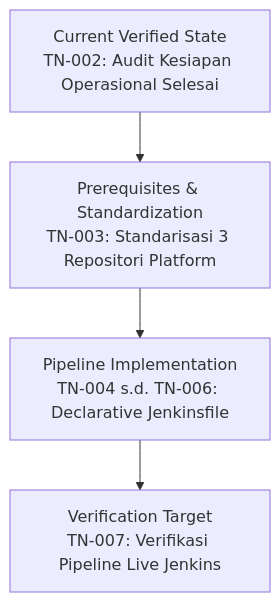
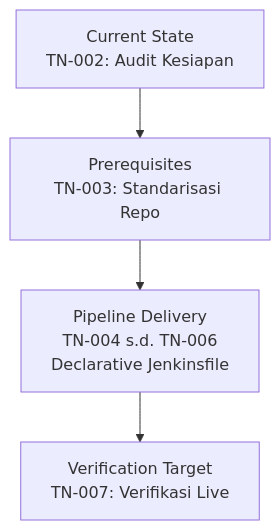
Before and after one commit to edkas07-oss/devops-handbook: the third of 3 diagrams in docs/projects/tomcat-monitoring/engineering-journal/continuous-integration-and-deployment/TN-002-audit-and-standardize-repositories-for-production-plug-and-play-readiness.md, drawn with Mermaid. The commit also changed other lines of this file, not shown here.

Commit message:
docs(tm): shorten and wrap mermaid node labels in TN-002 to prevent clipping

````diff
--- a/docs/projects/tomcat-monitoring/engineering-journal/continuous-integration-and-deployment/TN-002-audit-and-standardize-repositories-for-production-plug-and-play-readiness.md
+++ b/docs/projects/tomcat-monitoring/engineering-journal/continuous-integration-and-deployment/TN-002-audit-and-standardize-repositories-for-production-plug-and-play-readiness.md
@@ -340,6 +340,6 @@
 ```mermaid
 flowchart TD
-    A["Current Verified State<br/>TN-002: Audit Kesiapan Operasional Selesai"] --> B["Prerequisites & Standardization<br/>TN-003: Standarisasi 3 Repositori Platform"]
-    B --> C["Pipeline Implementation<br/>TN-004 s.d. TN-006: Declarative Jenkinsfile"]
-    C --> D["Verification Target<br/>TN-007: Verifikasi Pipeline Live Jenkins"]
+    A["Current State<br/>TN-002: Audit Kesiapan"] --> B["Prerequisites<br/>TN-003: Standarisasi Repo"]
+    B --> C["Pipeline Delivery<br/>TN-004 s.d. TN-006<br/>Declarative Jenkinsfile"]
+    C --> D["Verification Target<br/>TN-007: Verifikasi Live"]
 ```
````
